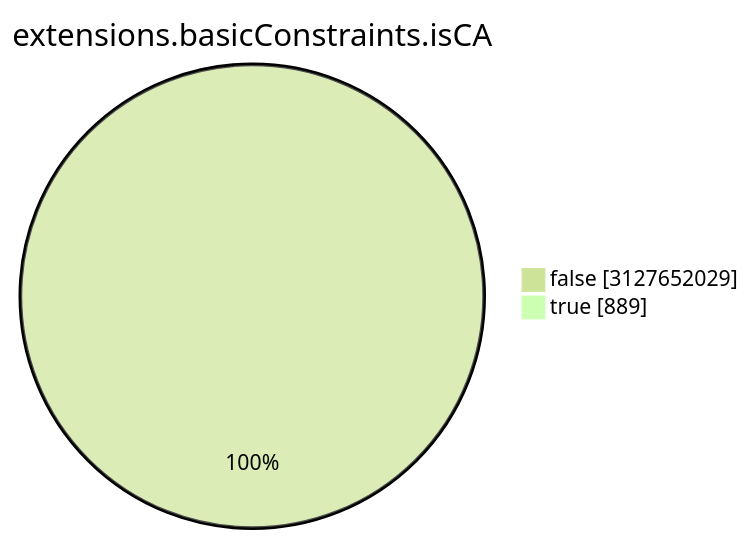
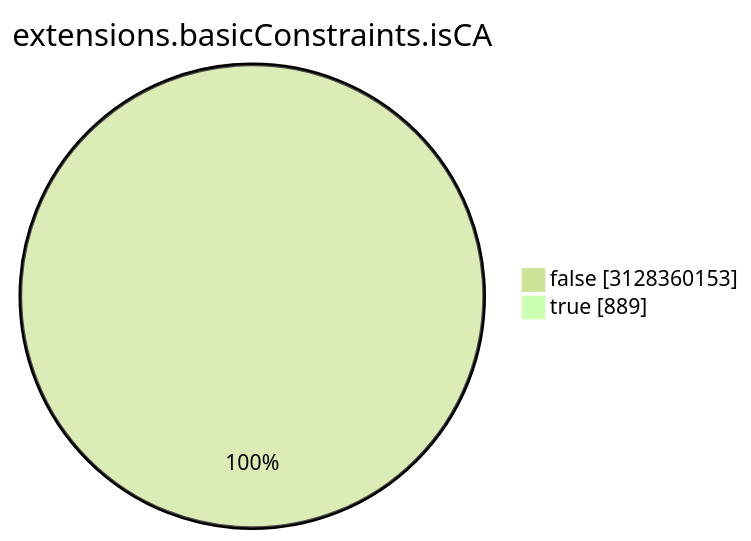
One commit to christiankrug/ctmonitor_visualization changed the seventh of 15 diagrams in TOTAL/README.md. Above: the diagram before and after it, drawn with Mermaid (forest theme). The commit also changed other lines of this file, not shown here.

````diff
--- a/TOTAL/README.md
+++ b/TOTAL/README.md
@@ -3088,6 +3088,6 @@
 ```mermaid
 pie showData
 title extensions.basicConstraints.isCA
-"false" :3127652029
+"false" :3128360153
 "true" :889
 ```
````
